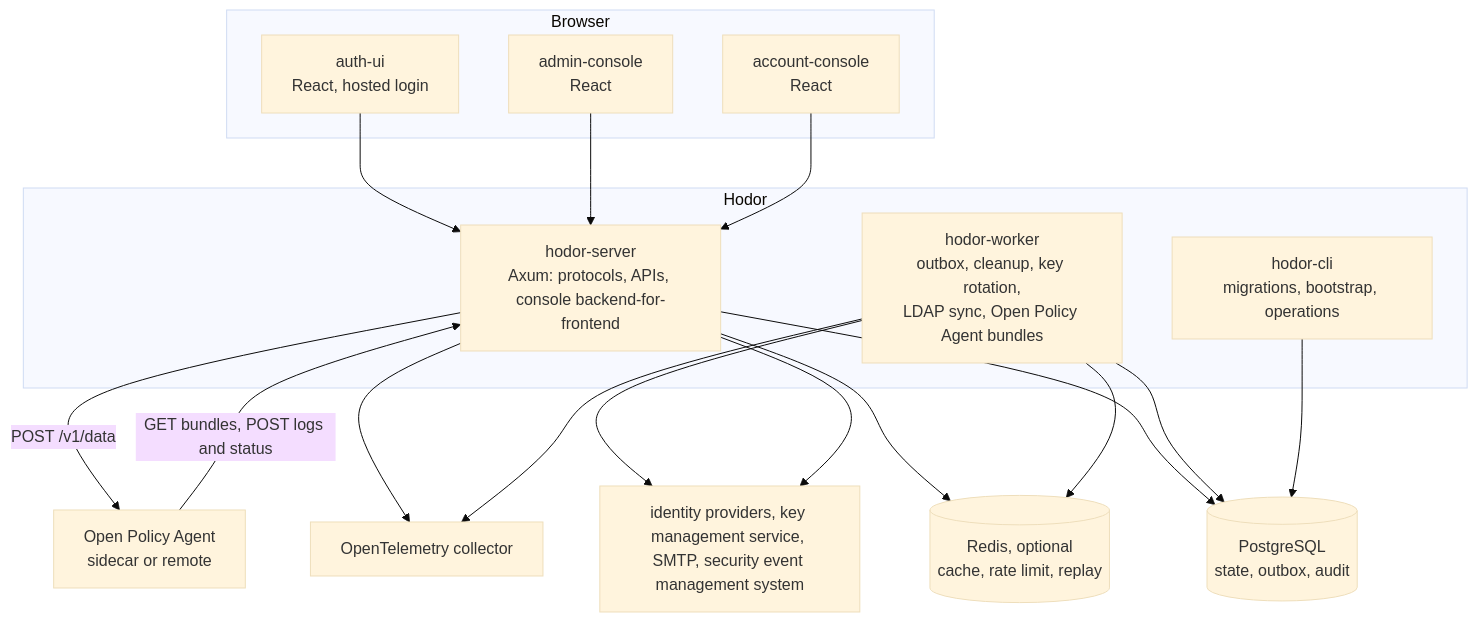
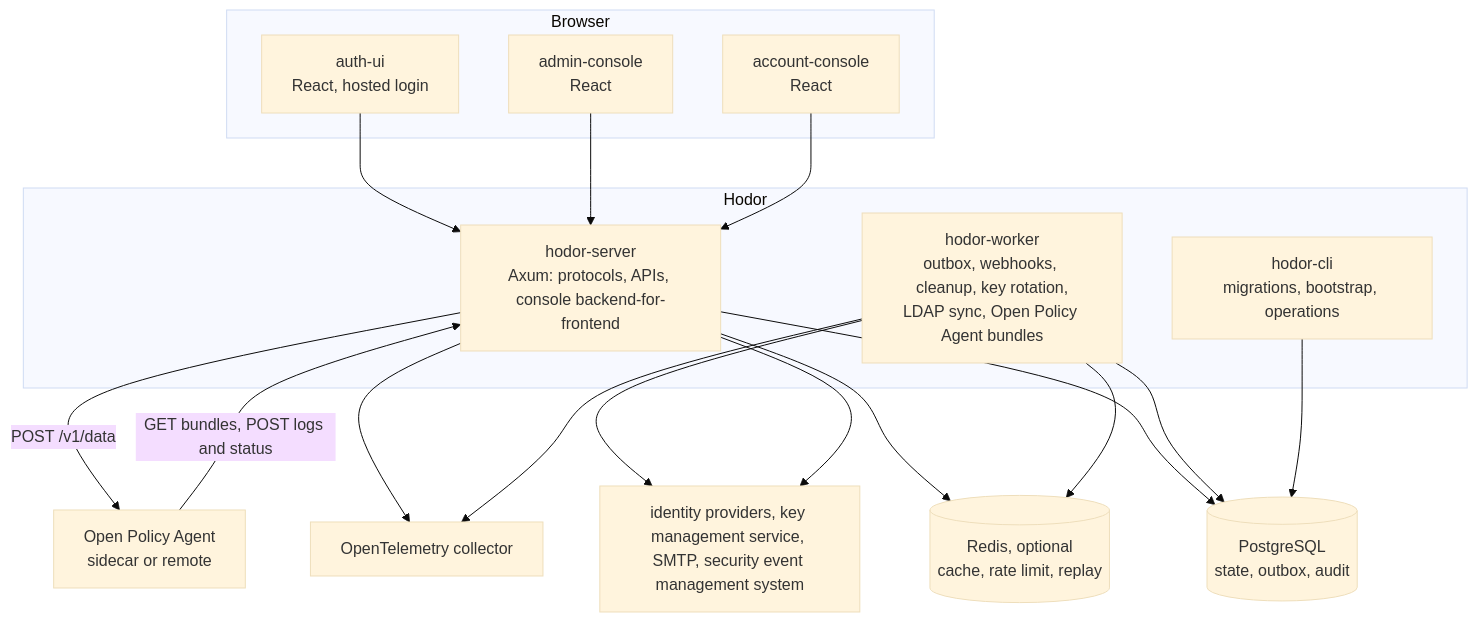
The second of 5 diagrams in docs/architecture/overview.md (ortisun/hodor), drawn with Mermaid (base theme) before and after one commit. The commit also changed other lines of this file and 485 other files, not shown here.

````diff
--- a/docs/architecture/overview.md
+++ b/docs/architecture/overview.md
@@ -61,35 +61,35 @@
 ```mermaid
 flowchart TB
     subgraph browser["Browser"]
         authInterface["auth-ui<br/>React, hosted login"]
         adminConsole["admin-console<br/>React"]
         accountConsole["account-console<br/>React"]
     end
 
     subgraph hodor["Hodor"]
         server["hodor-server<br/>Axum: protocols, APIs, console backend-for-frontend"]
-        worker["hodor-worker<br/>outbox, cleanup, key rotation,<br/>LDAP sync, Open Policy Agent bundles"]
+        worker["hodor-worker<br/>outbox, webhooks, cleanup, key rotation,<br/>LDAP sync, Open Policy Agent bundles"]
         commandLineTool["hodor-cli<br/>migrations, bootstrap, operations"]
     end
 
     postgres[("PostgreSQL<br/>state, outbox, audit")]
     redis[("Redis, optional<br/>cache, rate limit, replay")]
     policyAgent["Open Policy Agent<br/>sidecar or remote"]
     telemetryCollector["OpenTelemetry collector"]
     externalServices["identity providers, key management service, SMTP, security event management system"]
 
     authInterface --> server
     adminConsole --> server
     accountConsole --> server
     server --> postgres
     server --> redis
     server -->|"POST /v1/data"| policyAgent
     policyAgent -->|"GET bundles, POST logs and status"| server
     worker --> postgres
     worker --> redis
     worker --> externalServices
     server --> externalServices
     commandLineTool --> postgres
     server --> telemetryCollector
     worker --> telemetryCollector
 ```
````
